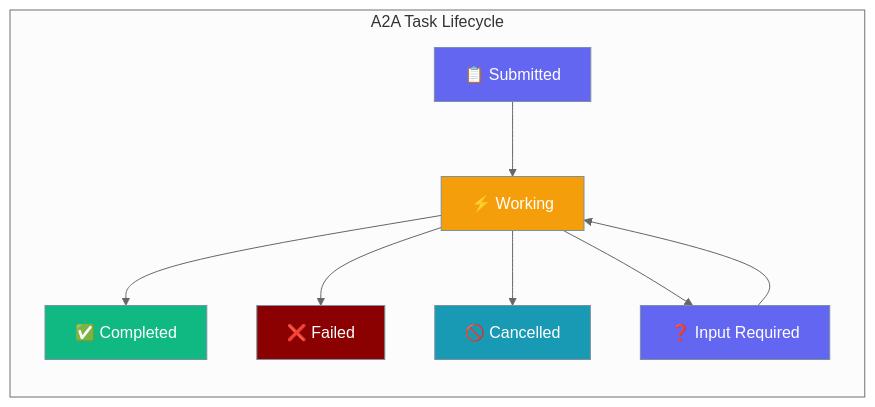
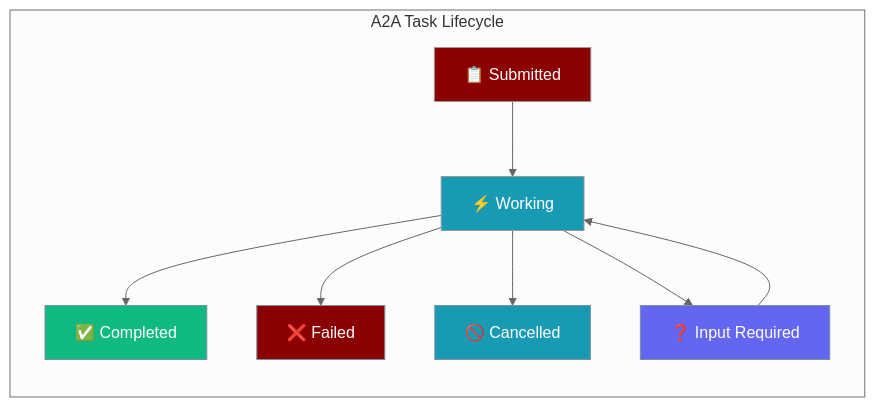
One commit to MervinPraison/PraisonAIDocs changed the first of 3 diagrams in docs/features/a2a-tasks.mdx. Above: the diagram before and after it, drawn with Mermaid (neutral theme). The commit also changed 13 other files, not shown here.

````diff
--- a/docs/features/a2a-tasks.mdx
+++ b/docs/features/a2a-tasks.mdx
@@ -10,25 +10,27 @@
 ```mermaid
 graph LR
     subgraph "A2A Task Lifecycle"
         A[📋 Submitted] --> B[⚡ Working]
         B --> C[✅ Completed]
         B --> D[❌ Failed]
         B --> E[🚫 Cancelled]
         B --> F[❓ Input Required]
         F --> B
     end
     
     classDef submitted fill:#6366F1,stroke:#7C90A0,color:#fff
     classDef working fill:#F59E0B,stroke:#7C90A0,color:#fff
     classDef completed fill:#10B981,stroke:#7C90A0,color:#fff
     classDef failed fill:#8B0000,stroke:#7C90A0,color:#fff
     classDef cancelled fill:#189AB4,stroke:#7C90A0,color:#fff
     classDef input fill:#6366F1,stroke:#7C90A0,color:#fff
+    classDef agent fill:#8B0000,color:#fff
+    classDef tool fill:#189AB4,color:#fff
     
-    class A submitted
-    class B working
+    class A agent
+    class B tool
     class C completed
     class D failed
     class E cancelled
     class F input
 ```
````
